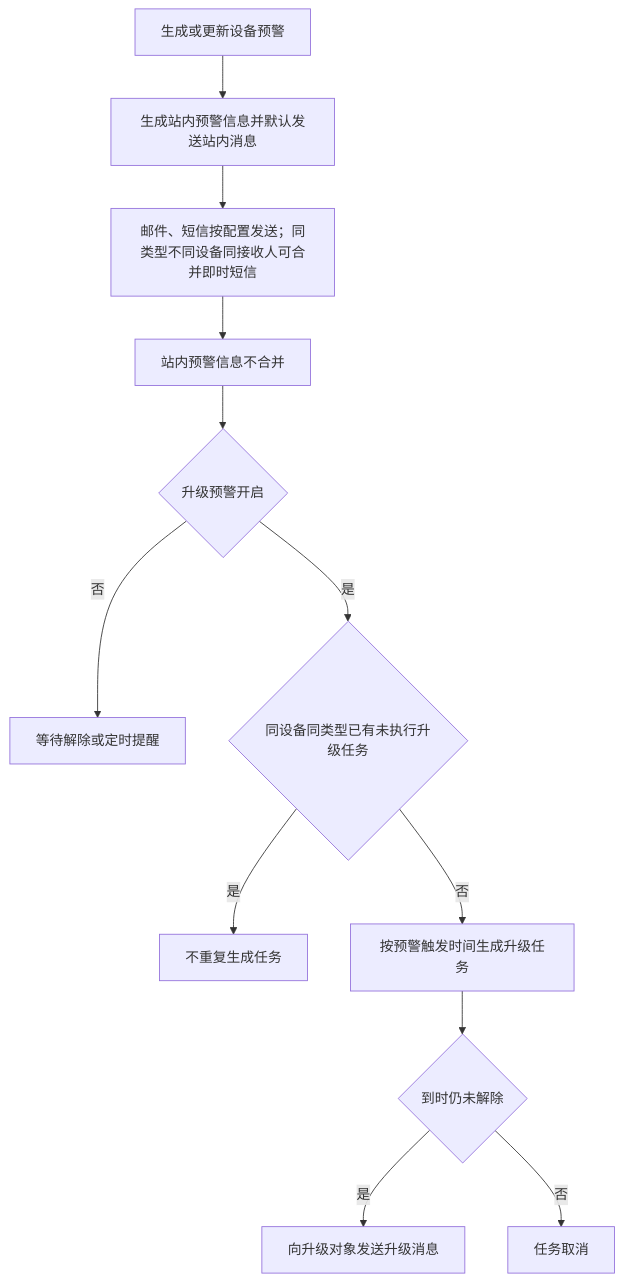
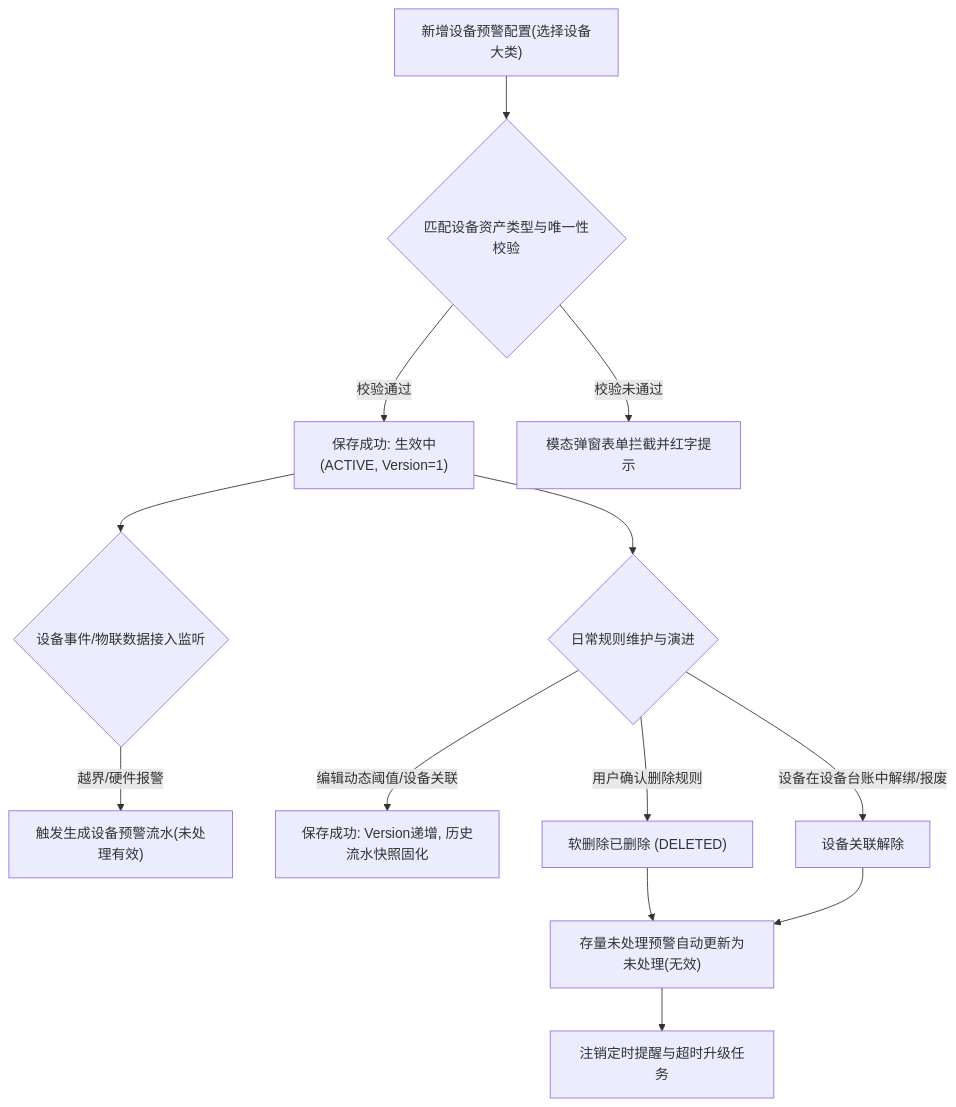
One commit to RobertHuang999/SYZC changed the diagram in 02-PRD文档/🌟🌟🌟-最新基准版/B端PC/08-配置管理/20-风险管理-设备预警配置/设备预警配置业务规则规格.md. Above: the diagram before and after it, drawn with Mermaid. The commit also changed other lines of this file and 264 other files, not shown here.

````diff
--- a/02-PRD文档/🌟🌟🌟-最新基准版/B端PC/08-配置管理/20-风险管理-设备预警配置/设备预警配置业务规则规格.md
+++ b/02-PRD文档/🌟🌟🌟-最新基准版/B端PC/08-配置管理/20-风险管理-设备预警配置/设备预警配置业务规则规格.md
@@ -238,14 +37,18 @@
 ```mermaid
 flowchart TD
-    A[生成或更新设备预警] --> B[生成站内预警信息并默认发送站内消息]
-    B --> C[邮件、短信按配置发送；同类型不同设备同接收人可合并即时短信]
-    C --> D[站内预警信息不合并]
-    D --> E{升级预警开启}
-    E -- 否 --> F[等待解除或定时提醒]
-    E -- 是 --> G{同设备同类型已有未执行升级任务}
-    G -- 是 --> H[不重复生成任务]
-    G -- 否 --> I[按预警触发时间生成升级任务]
-    I --> J{到时仍未解除}
-    J -- 是 --> K[向升级对象发送升级消息]
-    J -- 否 --> L[任务取消]
+    A["新增设备预警配置(选择设备大类)"] --> B{"匹配设备资产类型与唯一性校验"}
+    B -- "校验通过" --> C["保存成功: 生效中<br/>(ACTIVE, Version=1)"]
+    B -- "校验未通过" --> D["模态弹窗表单拦截并红字提示"]
+
+    C --> E{"设备事件/物联数据接入监听"}
+    E -- "越界/硬件报警" --> F["触发生成设备预警流水(未处理有效)"]
+
+    C --> G{"日常规则维护与演进"}
+    G -- "编辑动态阈值/设备关联" --> H["保存成功: Version递增, 历史流水快照固化"]
+    G -- "用户确认删除规则" --> I["软删除已删除 (DELETED)"]
+    G -- "设备在设备台账中解绑/报废" --> J["设备关联解除"]
+
+    I --> K["存量未处理预警自动更新为未处理(无效)"]
+    J --> K
+    K --> L["注销定时提醒与超时升级任务"]
 ```
````
